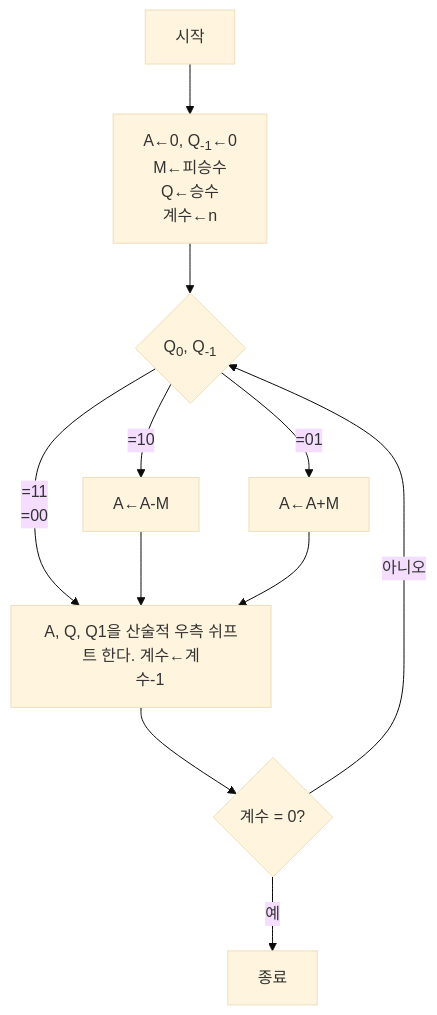
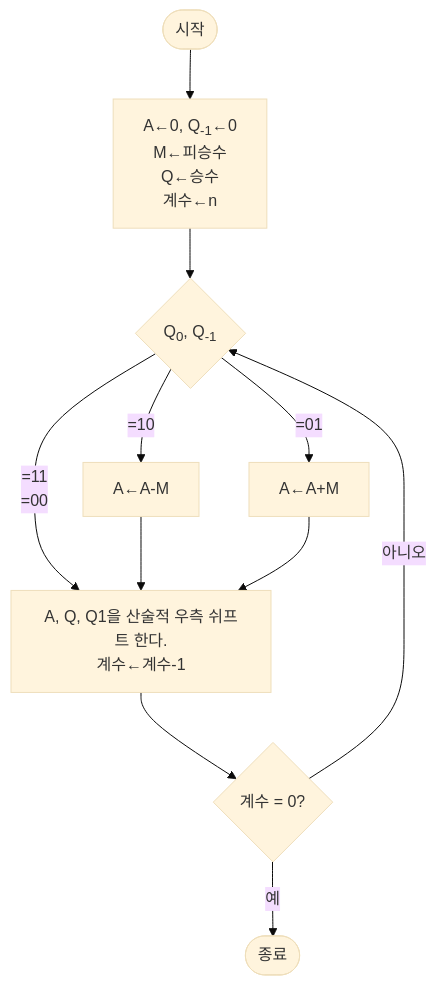
Before and after one commit to highlow12/Obsidian: the first of 2 diagrams in 1. 프로젝트/학교/컴퓨터 구조/3장. 컴퓨터 논리와 산술 연산.md, drawn with Mermaid (base theme). The commit also changed other lines of this file and 1 other file, not shown here.

````diff
--- a/1. 프로젝트/학교/컴퓨터 구조/3장. 컴퓨터 논리와 산술 연산.md
+++ b/1. 프로젝트/학교/컴퓨터 구조/3장. 컴퓨터 논리와 산술 연산.md
@@ -289,14 +289,13 @@
 ```mermaid
 flowchart TD
-    start[시작] --> init[A←0, Q<sub>-1</sub>←0\nM←피승수\nQ←승수\n계수←n]
+    start([시작]) --> init[A←0, Q<sub>-1</sub>←0\nM←피승수\nQ←승수\n계수←n]
     init --> q0q1_chk{Q<sub>0</sub>, Q<sub>-1</sub>}
     q0q1_chk -- =10 --> a_sub_m[A←A-M]
     q0q1_chk -- =01 --> a_add_m[A←A+M] 
     q0q1_chk -- =11\n=00 --> signal 
-    a_sub_m --> signal[A, Q, Q1을 산술적 우측 쉬프트 한다. 계수←계
-    수-1]
+    a_sub_m --> signal[A, Q, Q1을 산술적 우측 쉬프트 한다.\n계수←계수-1]
     a_add_m --> signal
     signal --> zero_check{계수 = 0?}
     zero_check -- 아니오 --> q0q1_chk
-    zero_check -- 예 --> done[종료]
+    zero_check -- 예 --> done([종료])
 ```
````
